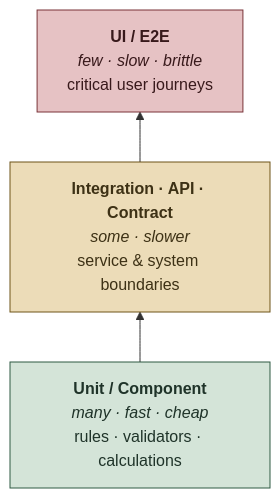
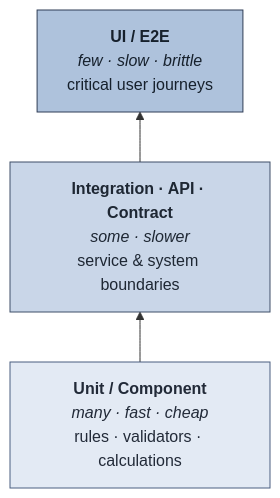
The first of 2 diagrams in 02-during-development.md (paulamarcondes/QA_Playbook), drawn with Mermaid before and after one commit. The commit also changed other lines of this file and 33 other files, not shown here.

````diff
--- a/02-during-development.md
+++ b/02-during-development.md
@@ -97,16 +83,16 @@
 ```mermaid
 flowchart BT
     U["`**Unit / Component**
 *many · fast · cheap*
 rules · validators · calculations`"]:::base
     I["`**Integration · API · Contract**
 *some · slower*
 service & system boundaries`"]:::mid
     E["`**UI / E2E**
 *few · slow · brittle*
 critical user journeys`"]:::top
     U --> I --> E
-    classDef base fill:#d4e4d8,stroke:#2f5a43,color:#1f3329;
-    classDef mid  fill:#ecdcb8,stroke:#6e5418,color:#3d3115;
-    classDef top  fill:#e6c2c4,stroke:#7a3338,color:#38191b;
+    classDef base fill:#e3eaf4,stroke:#4a5f80,color:#222a38;
+    classDef mid  fill:#c9d6e8,stroke:#3f4f68,color:#1e2733;
+    classDef top  fill:#aec2dc,stroke:#2f3d56,color:#16202c;
 ```
````
